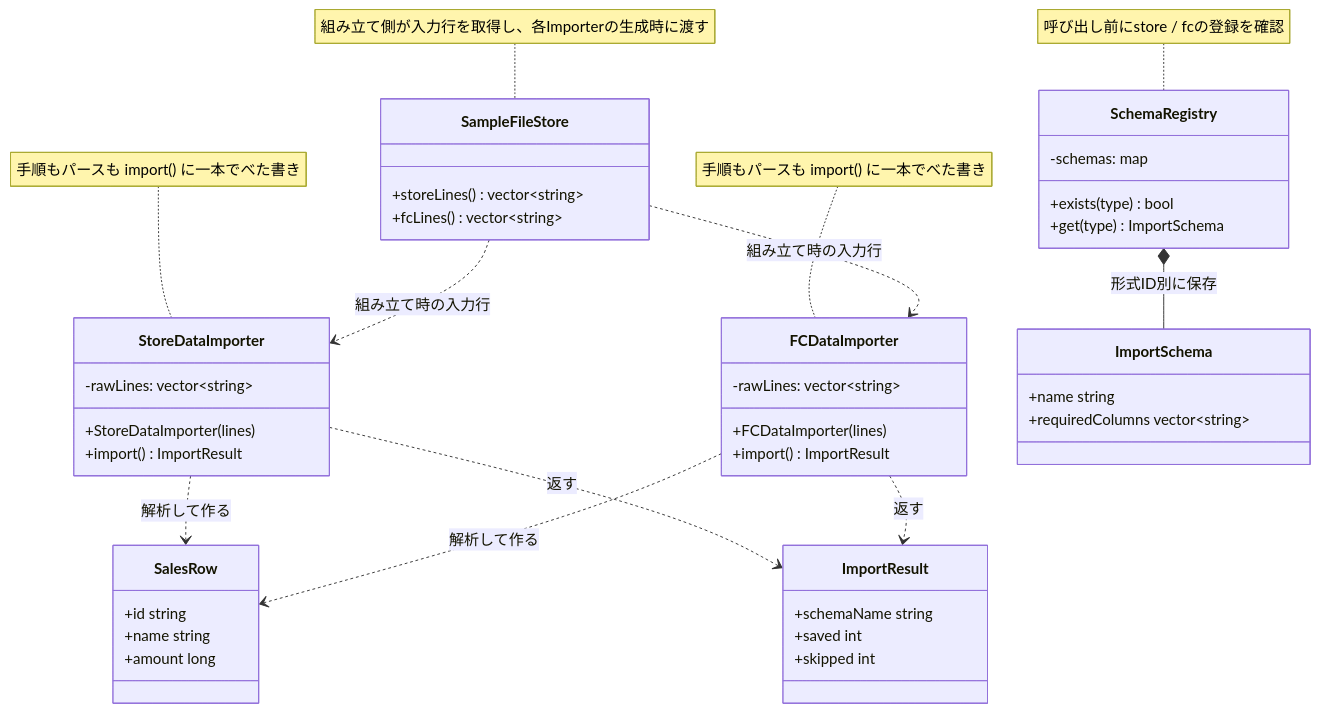
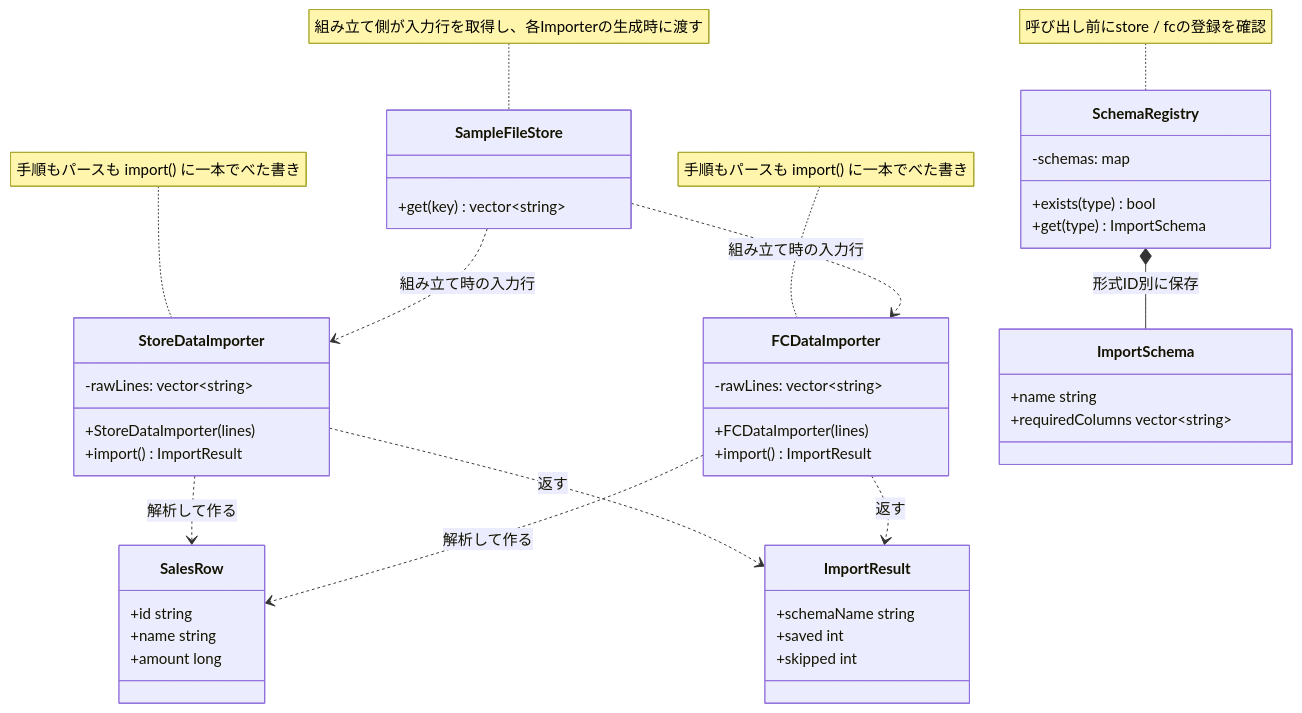
The third of 14 diagrams in kindle/design-patterns/output/chapter04.md (kumachan1101-pixel/DesignPattern), drawn with Mermaid before and after one commit. The commit also changed other lines of this file and 13 other files, not shown here.

````diff
--- a/kindle/design-patterns/output/chapter04.md
+++ b/kindle/design-patterns/output/chapter04.md
@@ -200,48 +210,47 @@
 ```mermaid
 classDiagram
     class StoreDataImporter {
         -rawLines: vector~string~
         +StoreDataImporter(lines)
         +import() ImportResult
     }
     class FCDataImporter {
         -rawLines: vector~string~
         +FCDataImporter(lines)
         +import() ImportResult
     }
     class SchemaRegistry {
         -schemas: map
         +exists(type) bool
         +get(type) ImportSchema
     }
     class SampleFileStore {
-        +storeLines() vector~string~
-        +fcLines() vector~string~
+        +get(key) vector~string~
     }
     class SalesRow {
         +id string
         +name string
         +amount long
     }
     class ImportResult {
         +schemaName string
         +saved int
         +skipped int
     }
     class ImportSchema {
         +name string
         +requiredColumns vector~string~
     }
     StoreDataImporter ..> SalesRow : 解析して作る
     FCDataImporter ..> SalesRow : 解析して作る
     StoreDataImporter ..> ImportResult : 返す
     FCDataImporter ..> ImportResult : 返す
     SchemaRegistry *-- ImportSchema : 形式ID別に保存
     SampleFileStore ..> StoreDataImporter : 組み立て時の入力行
     SampleFileStore ..> FCDataImporter : 組み立て時の入力行
     note for StoreDataImporter "手順もパースも import() に一本でべた書き"
     note for FCDataImporter "手順もパースも import() に一本でべた書き"
     note for SchemaRegistry "呼び出し前にstore / fcの登録を確認"
     note for SampleFileStore "組み立て側が入力行を取得し、各Importerの生成時に渡す"
 
 ```
````
